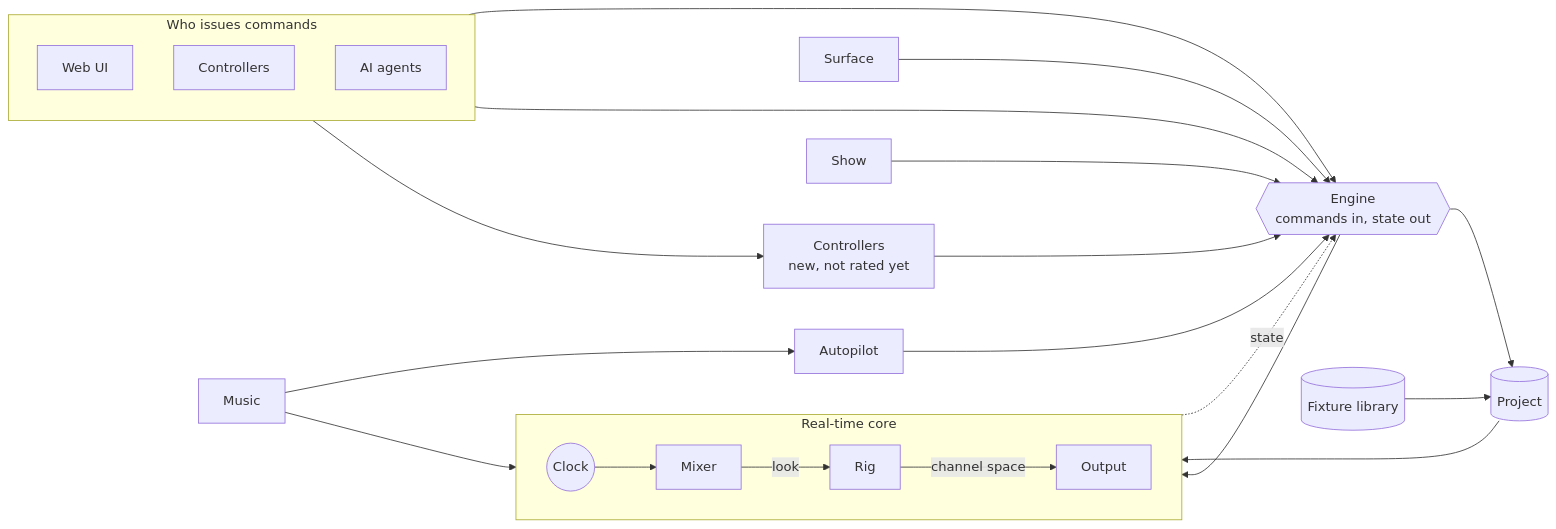
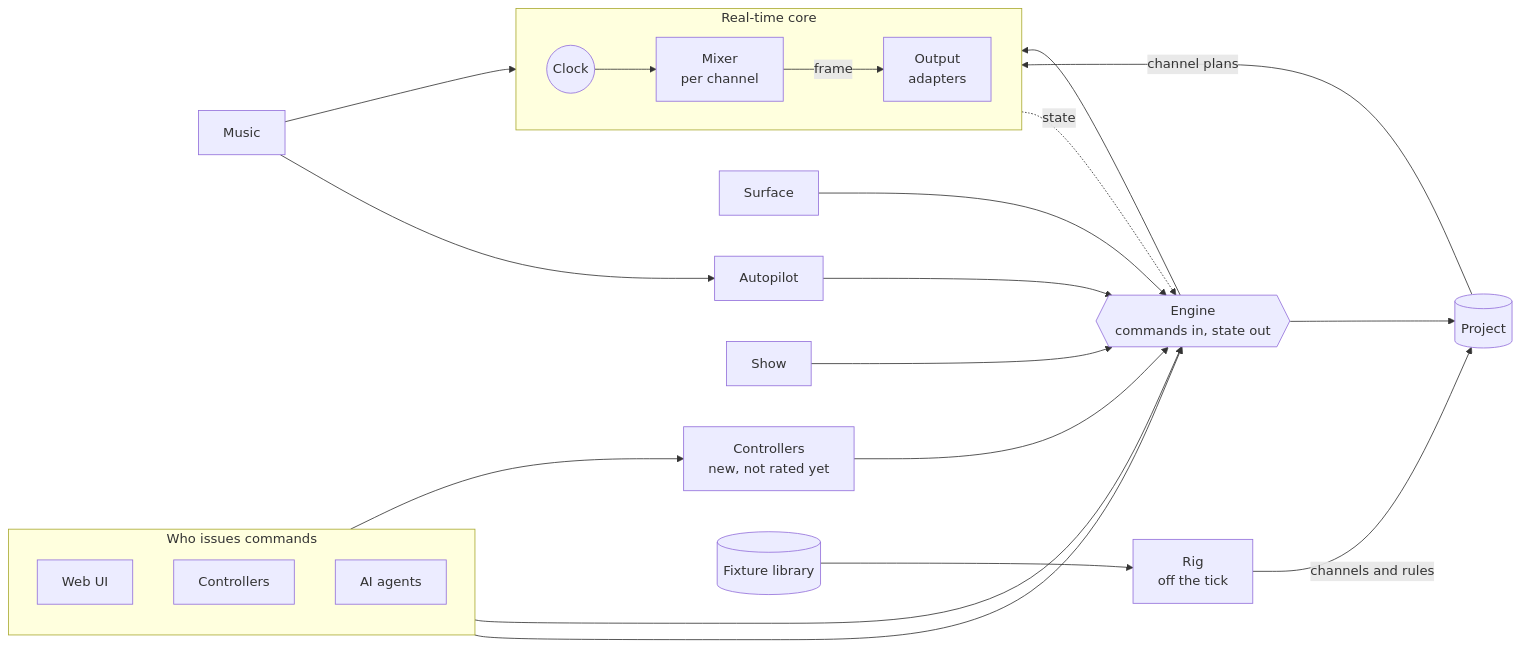
The first of 5 diagrams in docs/design/modules.md (abossard/bossylights), drawn with Mermaid before and after one commit. The commit also changed other lines of this file and 17 other files, not shown here.

````diff
--- a/docs/design/modules.md
+++ b/docs/design/modules.md
@@ -25,42 +32,44 @@
 ```mermaid
 flowchart LR
   subgraph writers["Who issues commands"]
     direction TB
     UI["Web UI"]
     HW["Controllers"]
     AG["AI agents"]
   end
 
   SURF["Surface"]
   CTRL["Controllers<br/>new, not rated yet"]
   DOOR{{"Engine<br/>commands in, state out"}}
   SHOW["Show"]
   AUTO["Autopilot"]
   MUSIC["Music"]
   PROJ[("Project")]
   LIB[("Fixture library")]
 
   subgraph rt["Real-time core"]
     direction LR
     CLOCK(("Clock"))
-    MIX["Mixer"]
-    RIG["Rig"]
-    OUT["Output"]
+    MIX["Mixer<br/>per channel"]
+    OUT["Output<br/>adapters"]
   end
+
+  RIG["Rig<br/>off the tick"]
 
   UI --> DOOR
   AG --> DOOR
   HW --> CTRL --> DOOR
   SURF --> DOOR
   SHOW --> DOOR
   AUTO --> DOOR
   MUSIC --> AUTO
   MUSIC --> CLOCK
   DOOR --> MIX
   DOOR --> PROJ
-  LIB --> PROJ
-  PROJ --> MIX
+  LIB --> RIG
+  RIG -- "channels and rules" --> PROJ
+  PROJ -- "channel plans" --> MIX
   CLOCK --> MIX
-  MIX -- "look" --> RIG -- "channel space" --> OUT
+  MIX -- "frame" --> OUT
   MIX -. "state" .-> DOOR
 ```
````
